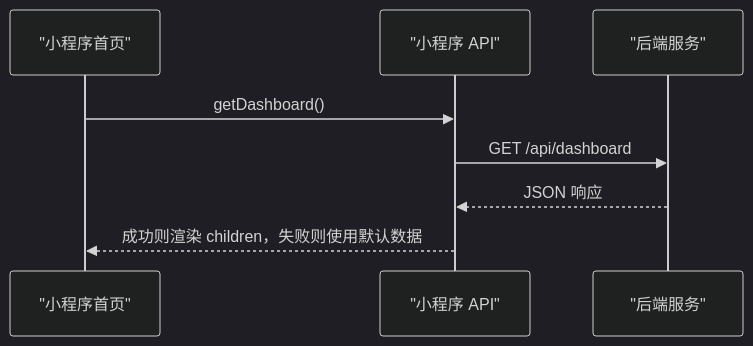
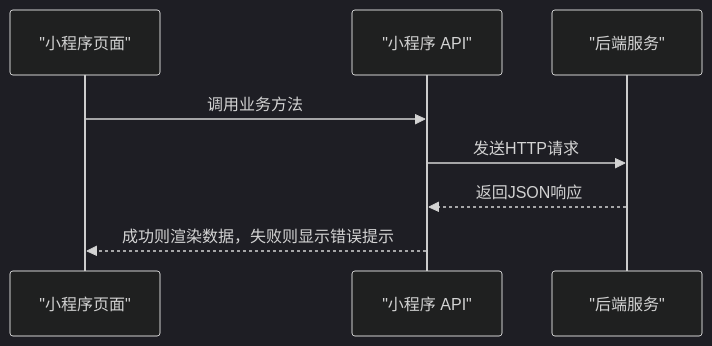
Before and after one commit to dawny123123/StarParadise: the sixth of 7 diagrams in .qoder/repowiki/zh/content/系统架构设计/前端架构设计/小程序架构/API调用封装.md, drawn with Mermaid (dark theme). The commit also changed other lines of this file and 102 other files, not shown here.

````diff
--- a/.qoder/repowiki/zh/content/系统架构设计/前端架构设计/小程序架构/API调用封装.md
+++ b/.qoder/repowiki/zh/content/系统架构设计/前端架构设计/小程序架构/API调用封装.md
@@ -185,10 +251,10 @@
 ```mermaid
 sequenceDiagram
-participant Page as "小程序首页"
+participant Page as "小程序页面"
 participant API as "小程序 API"
 participant Srv as "后端服务"
-Page->>API : getDashboard()
-API->>Srv : GET /api/dashboard
-Srv-->>API : JSON 响应
-API-->>Page : 成功则渲染 children，失败则使用默认数据
+Page->>API : 调用业务方法
+API->>Srv : 发送HTTP请求
+Srv-->>API : 返回JSON响应
+API-->>Page : 成功则渲染数据，失败则显示错误提示
 ```
````
